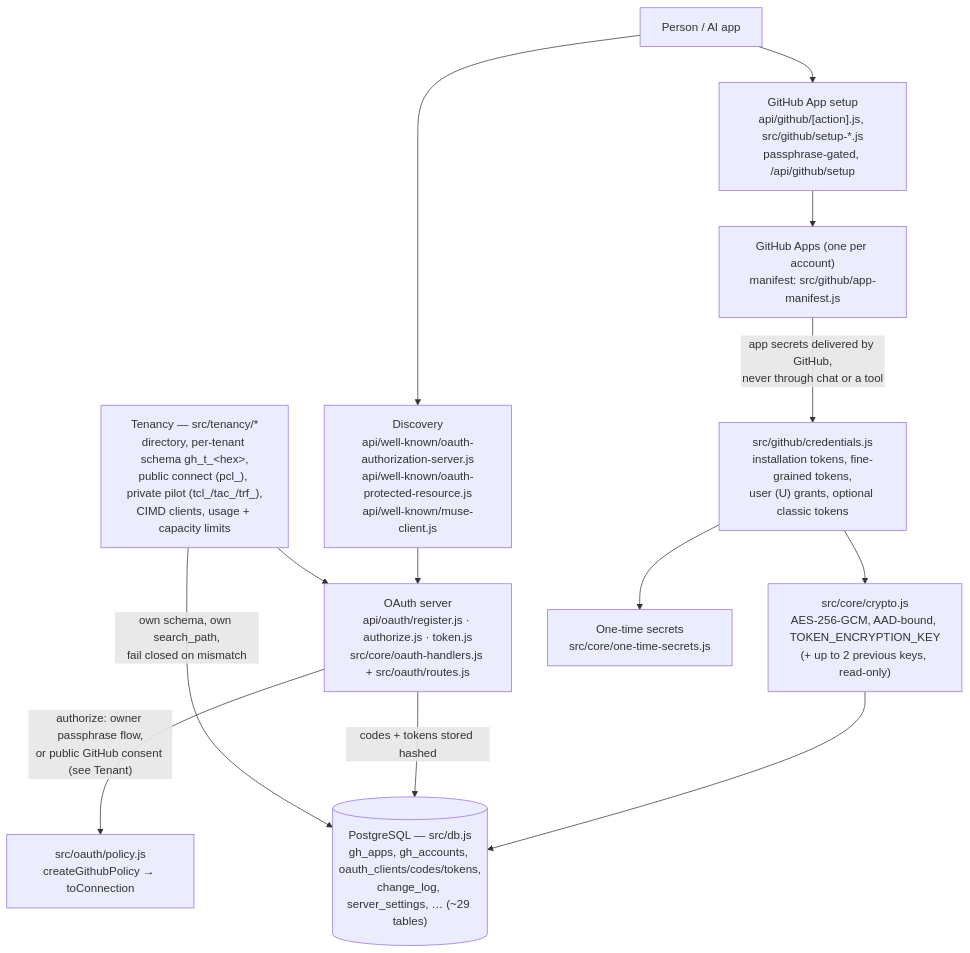
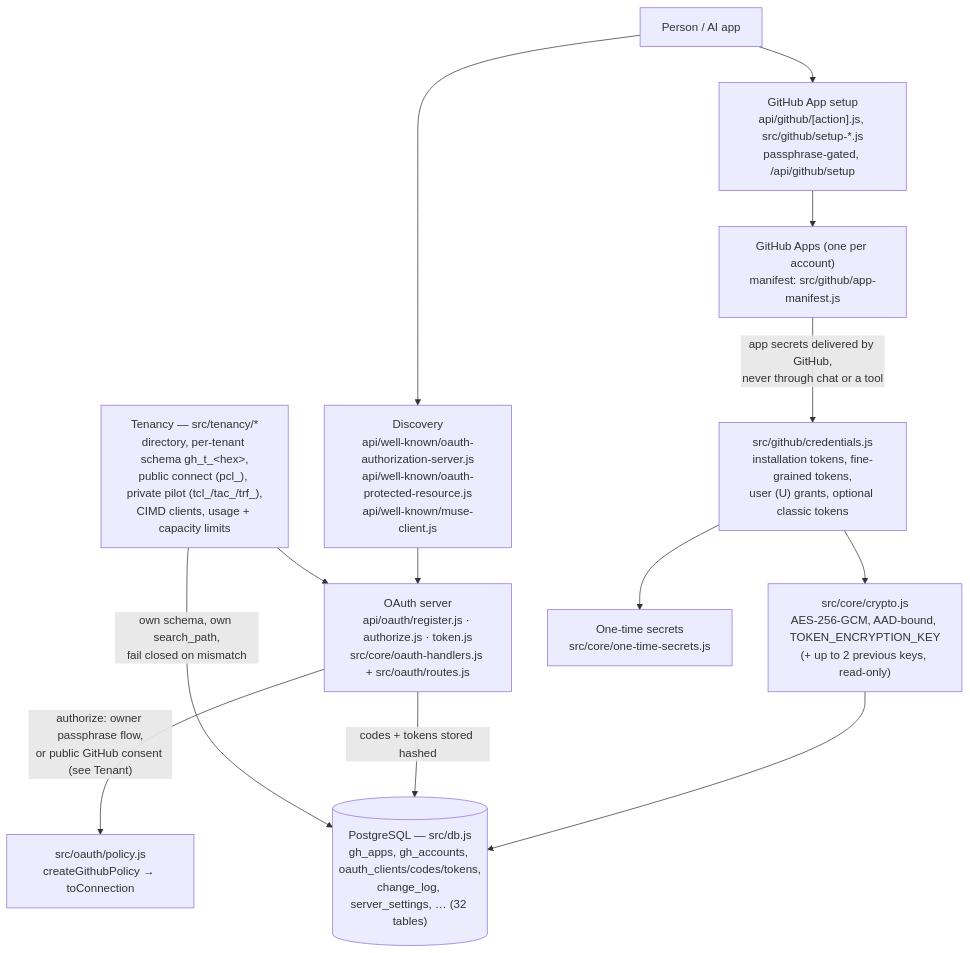
The diagram in docs/relational-map/auth-tenancy-and-storage.md (Robinson-AI-Systems/github-mcp), drawn with Mermaid before and after one commit. The commit also changed other lines of this file and 12 other files, not shown here.

````diff
--- a/docs/relational-map/auth-tenancy-and-storage.md
+++ b/docs/relational-map/auth-tenancy-and-storage.md
@@ -3,24 +3,24 @@
 ```mermaid
 flowchart TD
   Person["Person / AI app"]
   Disc["Discovery<br/>api/well-known/oauth-authorization-server.js<br/>api/well-known/oauth-protected-resource.js<br/>api/well-known/muse-client.js"]
   OAuth["OAuth server<br/>api/oauth/register.js · authorize.js · token.js<br/>src/core/oauth-handlers.js + src/oauth/routes.js"]
   Policy["src/oauth/policy.js<br/>createGithubPolicy → toConnection"]
   Setup["GitHub App setup<br/>api/github/[action].js, src/github/setup-*.js<br/>passphrase-gated, /api/github/setup"]
   GHApp["GitHub Apps (one per account)<br/>manifest: src/github/app-manifest.js"]
   Creds["src/github/credentials.js<br/>installation tokens, fine-grained tokens,<br/>user (U) grants, optional classic tokens"]
   Crypto["src/core/crypto.js<br/>AES-256-GCM, AAD-bound, TOKEN_ENCRYPTION_KEY<br/>(+ up to 2 previous keys, read-only)"]
-  DB[("PostgreSQL — src/db.js<br/>gh_apps, gh_accounts, oauth_clients/codes/tokens,<br/>change_log, server_settings, … (~29 tables)")]
+  DB[("PostgreSQL — src/db.js<br/>gh_apps, gh_accounts, oauth_clients/codes/tokens,<br/>change_log, server_settings, … (32 tables)")]
   Tenant["Tenancy — src/tenancy/*<br/>directory, per-tenant schema gh_t_&lt;hex&gt;,<br/>public connect (pcl_), private pilot (tcl_/tac_/trf_),<br/>CIMD clients, usage + capacity limits"]
   OneTime["One-time secrets<br/>src/core/one-time-secrets.js"]
 
   Person --> Disc --> OAuth
   OAuth -->|"authorize: owner passphrase flow,<br/>or public GitHub consent (see Tenant)"| Policy
   Person --> Setup --> GHApp
   GHApp -->|"app secrets delivered by GitHub,<br/>never through chat or a tool"| Creds
   Creds --> Crypto --> DB
   OAuth -->|"codes + tokens stored hashed"| DB
   Tenant -->|"own schema, own search_path,<br/>fail closed on mismatch"| DB
   Tenant --> OAuth
   Creds --> OneTime
 ```
````
